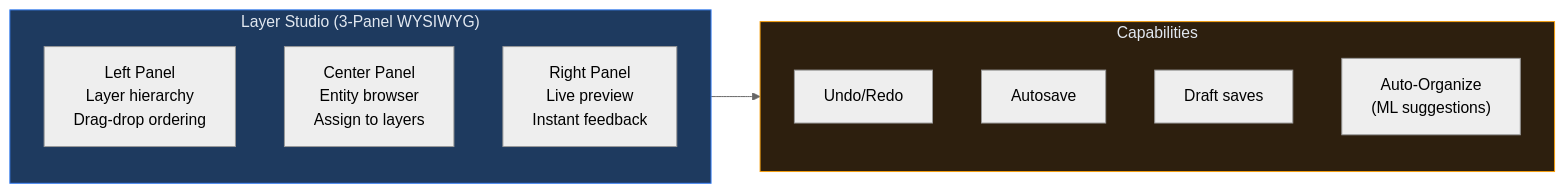
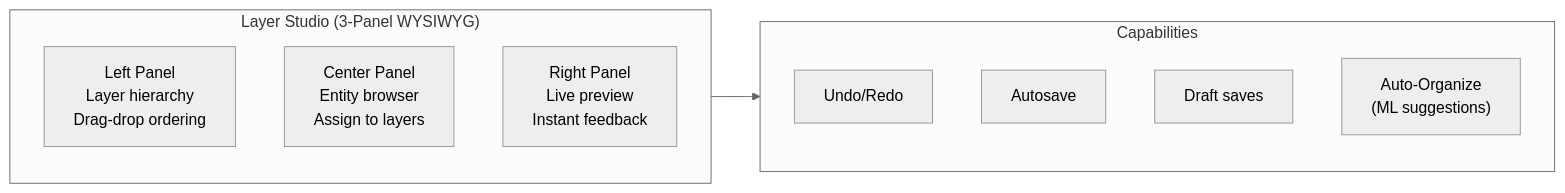
One commit to rkrumins/dataviz changed diagram 11 of 11 in docs/FRONTEND.md. Above: the diagram before and after it, drawn with Mermaid (neutral theme). The commit also changed other lines of this file and 46 other files, not shown here.

````diff
--- a/docs/FRONTEND.md
+++ b/docs/FRONTEND.md
@@ -553,20 +531,18 @@
 ```mermaid
 graph LR
     subgraph Studio["Layer Studio (3-Panel WYSIWYG)"]
         Left["Left Panel<br/>Layer hierarchy<br/>Drag-drop ordering"]
         Center["Center Panel<br/>Entity browser<br/>Assign to layers"]
         Right["Right Panel<br/>Live preview<br/>Instant feedback"]
     end
 
     subgraph Features["Capabilities"]
         Undo["Undo/Redo"]
         Auto["Autosave"]
         Draft["Draft saves"]
         AutoOrg["Auto-Organize<br/>(ML suggestions)"]
     end
 
     Studio --> Features
 
-    style Studio fill:#1e3a5f,stroke:#3b82f6,color:#e2e8f0
-    style Features fill:#2d1f0e,stroke:#f59e0b,color:#e2e8f0
 ```
````
